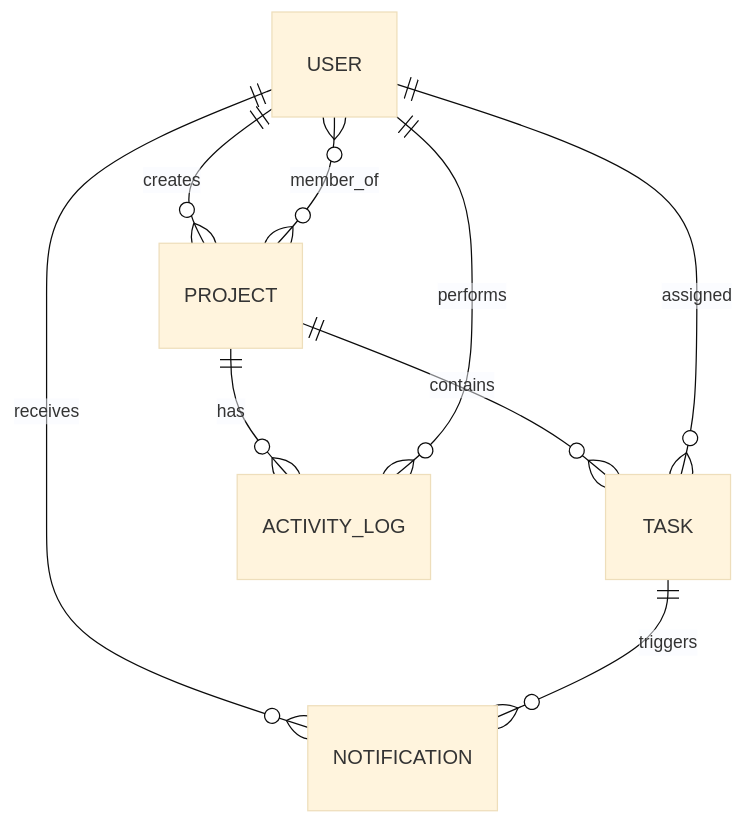
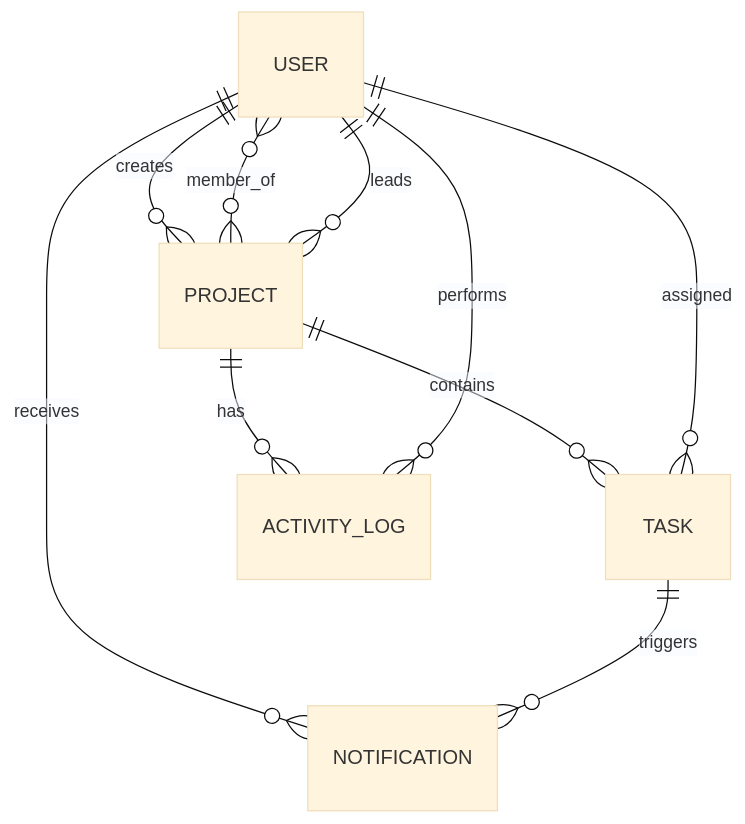
Before and after one commit to ashwanibaghel/WorkOS: the sixth of 6 diagrams in docs/HLD.md, drawn with Mermaid (base theme). The commit also changed other lines of this file and 3 other files, not shown here.

````diff
--- a/docs/HLD.md
+++ b/docs/HLD.md
@@ -155,11 +225,12 @@
 ```mermaid
 erDiagram
   USER ||--o{ PROJECT : creates
   USER }o--o{ PROJECT : member_of
+  USER ||--o{ PROJECT : leads
   PROJECT ||--o{ TASK : contains
   USER ||--o{ TASK : assigned
   PROJECT ||--o{ ACTIVITY_LOG : has
   USER ||--o{ ACTIVITY_LOG : performs
   USER ||--o{ NOTIFICATION : receives
   TASK ||--o{ NOTIFICATION : triggers
 ```
````
